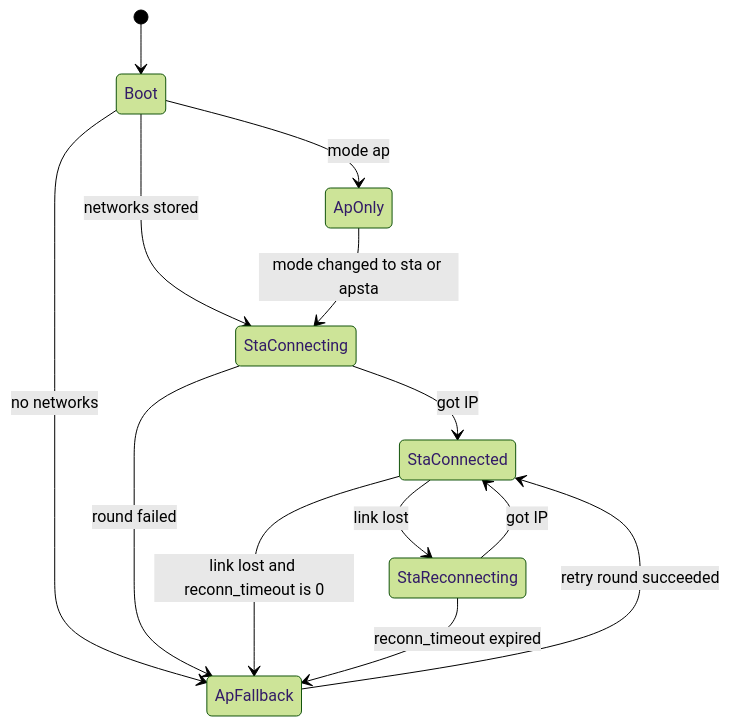
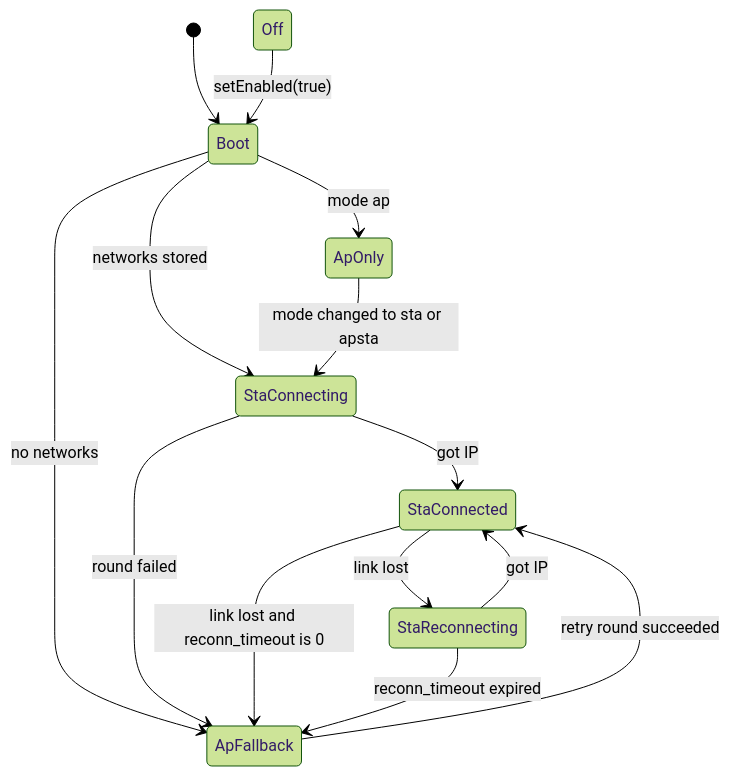
The diagram in docs/wiki/WiFi.md (dontseyit/esp-base), drawn with Mermaid (forest theme) before and after one commit. The commit also changed other lines of this file and 6 other files, not shown here.

Commit message:
wi-fi set enabled

````diff
--- a/docs/wiki/WiFi.md
+++ b/docs/wiki/WiFi.md
@@ -17,15 +17,16 @@
 ```mermaid
 stateDiagram-v2
   [*] --> Boot
   Boot --> ApOnly: mode ap
   Boot --> StaConnecting: networks stored
   Boot --> ApFallback: no networks
   StaConnecting --> StaConnected: got IP
   StaConnecting --> ApFallback: round failed
   StaConnected --> StaReconnecting: link lost
   StaConnected --> ApFallback: link lost and reconn_timeout is 0
   StaReconnecting --> StaConnected: got IP
   StaReconnecting --> ApFallback: reconn_timeout expired
   ApFallback --> StaConnected: retry round succeeded
   ApOnly --> StaConnecting: mode changed to sta or apsta
+  Off --> Boot: setEnabled(true)
 ```
````
